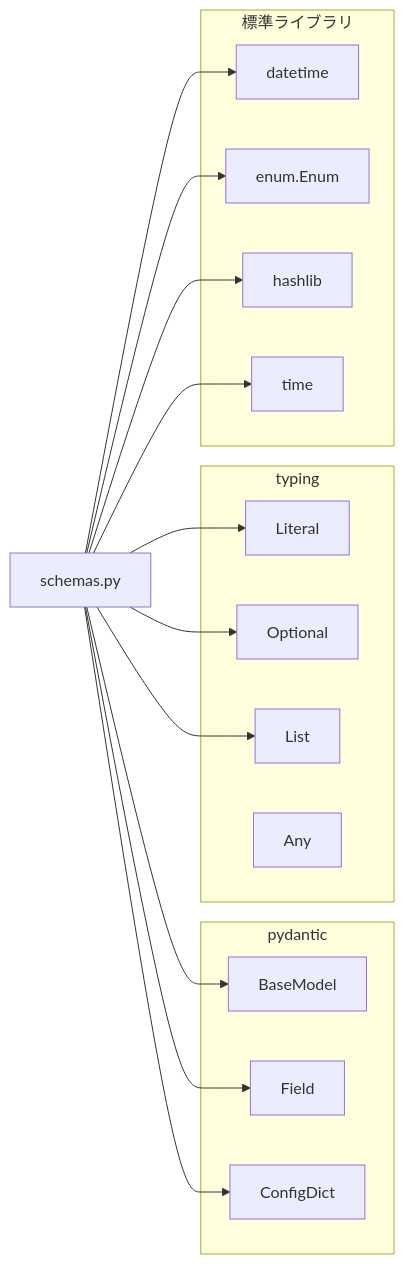
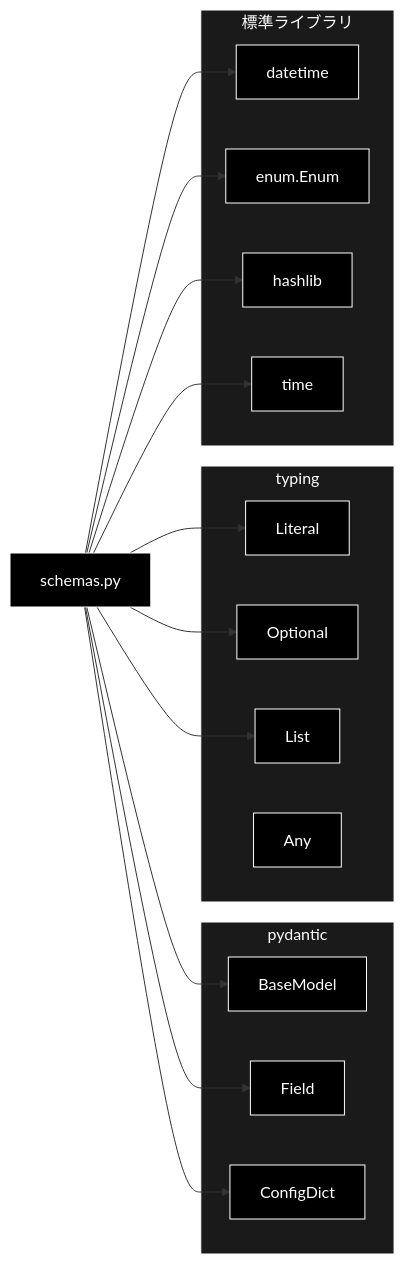
The third of 4 diagrams in grace/doc/schemas.md (nakashima2toshio/anthropic_grace_agent_v2), drawn with Mermaid before and after one commit. The commit also changed other lines of this file and 9 other files, not shown here.

````diff
--- a/grace/doc/schemas.md
+++ b/grace/doc/schemas.md
@@ -877,35 +1035,41 @@
 ```mermaid
 flowchart LR
-    SCHEMAS[schemas.py]
+    SCHEMAS["schemas.py"]
 
     subgraph PYDANTIC["pydantic"]
-        BM[BaseModel]
-        FLD[Field]
-        CFG[ConfigDict]
+        BM["BaseModel"]
+        FLD["Field"]
+        CFG["ConfigDict"]
     end
 
     subgraph TYPING["typing"]
-        LIT[Literal]
-        OPT[Optional]
-        LST[List]
-        ANY[Any]
+        LIT["Literal"]
+        OPT["Optional"]
+        LST["List"]
+        ANY["Any"]
     end
 
     subgraph STDLIB["標準ライブラリ"]
-        DT[datetime]
-        ENUM[enum.Enum]
-        HL[hashlib]
-        TM[time]
+        DT["datetime"]
+        ENUM["enum.Enum"]
+        HL["hashlib"]
+        TM["time"]
     end
 
     SCHEMAS --> BM
     SCHEMAS --> FLD
     SCHEMAS --> CFG
     SCHEMAS --> LIT
     SCHEMAS --> OPT
     SCHEMAS --> LST
     SCHEMAS --> DT
     SCHEMAS --> ENUM
     SCHEMAS --> HL
     SCHEMAS --> TM
+classDef default fill:#000,stroke:#fff,color:#fff
+classDef subgraphStyle fill:#1a1a1a,stroke:#fff,color:#fff
+class SCHEMAS,BM,FLD,CFG,LIT,OPT,LST,ANY,DT,ENUM,HL,TM default
+style PYDANTIC fill:#1a1a1a,stroke:#fff,color:#fff
+style TYPING fill:#1a1a1a,stroke:#fff,color:#fff
+style STDLIB fill:#1a1a1a,stroke:#fff,color:#fff
 ```
````
